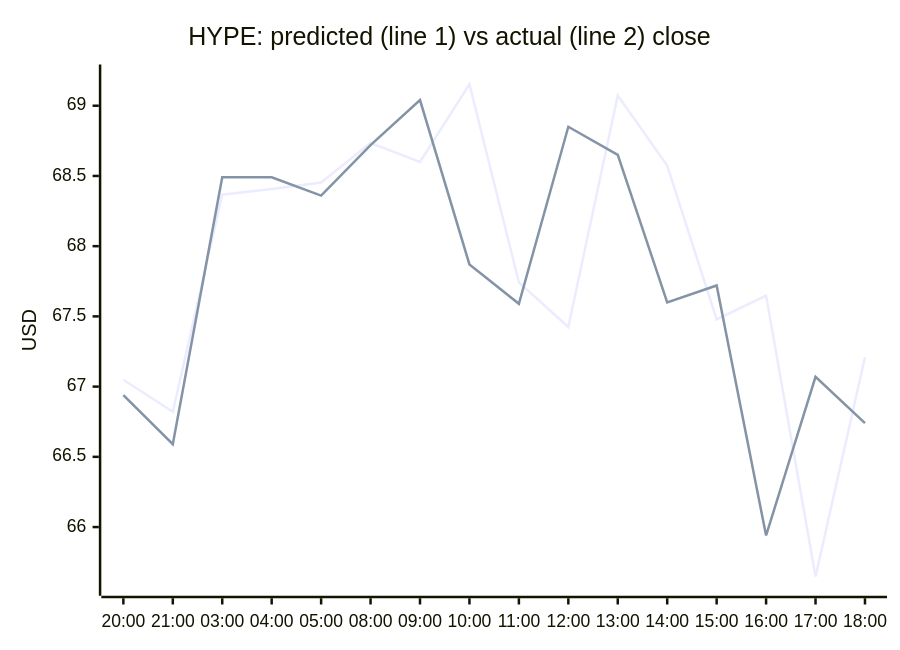
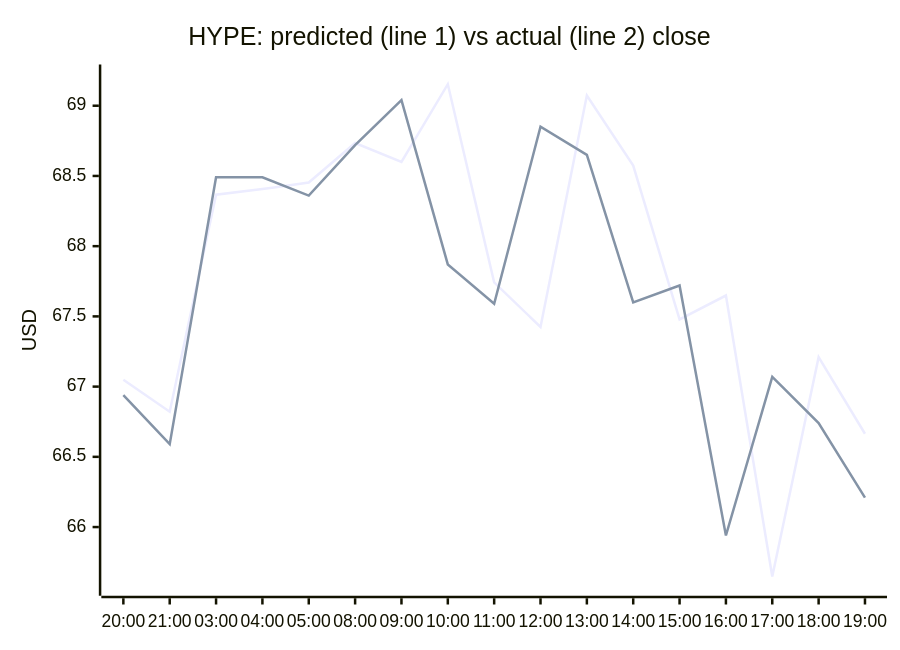
Before and after one commit to samuelkreitl-wq/crypto-hourly-forecaster: the fourth of 4 diagrams in README.md, drawn with Mermaid. The commit also changed other lines of this file and 14 other files, not shown here.

````diff
--- a/README.md
+++ b/README.md
@@ -65,8 +65,8 @@
 ```mermaid
 xychart-beta
     title "HYPE: predicted (line 1) vs actual (line 2) close"
-    x-axis ["20:00", "21:00", "03:00", "04:00", "05:00", "08:00", "09:00", "10:00", "11:00", "12:00", "13:00", "14:00", "15:00", "16:00", "17:00", "18:00"]
+    x-axis ["20:00", "21:00", "03:00", "04:00", "05:00", "08:00", "09:00", "10:00", "11:00", "12:00", "13:00", "14:00", "15:00", "16:00", "17:00", "18:00", "19:00"]
     y-axis "USD" 65.5821 --> 69.2223
-    line [67.0484, 66.8208, 68.3664, 68.4064, 68.4537, 68.7347, 68.5994, 69.1532, 67.7420, 67.4244, 69.0731, 68.5737, 67.4783, 67.6486, 65.6478, 67.2095]
-    line [66.9400, 66.5900, 68.4900, 68.4900, 68.3600, 68.7200, 69.0400, 67.8700, 67.5900, 68.8500, 68.6500, 67.6000, 67.7200, 65.9400, 67.0700, 66.7400]
+    line [67.0484, 66.8208, 68.3664, 68.4064, 68.4537, 68.7347, 68.5994, 69.1532, 67.7420, 67.4244, 69.0731, 68.5737, 67.4783, 67.6486, 65.6478, 67.2095, 66.6644]
+    line [66.9400, 66.5900, 68.4900, 68.4900, 68.3600, 68.7200, 69.0400, 67.8700, 67.5900, 68.8500, 68.6500, 67.6000, 67.7200, 65.9400, 67.0700, 66.7400, 66.2100]
 ```
````
